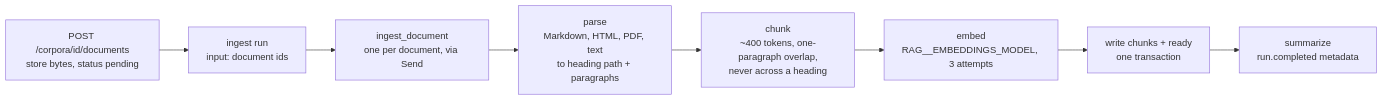
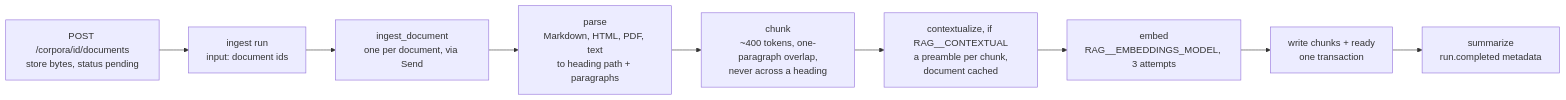
Before and after one commit to brentdunham/waypoint: the eighth of 8 diagrams in docs/guide/04-agents.md, drawn with Mermaid. The commit also changed other lines of this file and 31 other files, not shown here.

````diff
--- a/docs/guide/04-agents.md
+++ b/docs/guide/04-agents.md
@@ -284,10 +285,11 @@
 ```mermaid
 flowchart LR
     up[POST /corpora/id/documents<br/>store bytes, status pending] --> run[ingest run<br/>input: document ids]
     run --> d1[ingest_document<br/>one per document, via Send]
     d1 --> p[parse<br/>Markdown, HTML, PDF, text<br/>to heading path + paragraphs]
     p --> c[chunk<br/>~400 tokens, one-paragraph overlap,<br/>never across a heading]
-    c --> e[embed<br/>RAG__EMBEDDINGS_MODEL, 3 attempts]
+    c --> x[contextualize, if RAG__CONTEXTUAL<br/>a preamble per chunk,<br/>document cached]
+    x --> e[embed<br/>RAG__EMBEDDINGS_MODEL, 3 attempts]
     e --> w[write chunks + ready<br/>one transaction]
     w --> s[summarize<br/>run.completed metadata]
 ```
````
